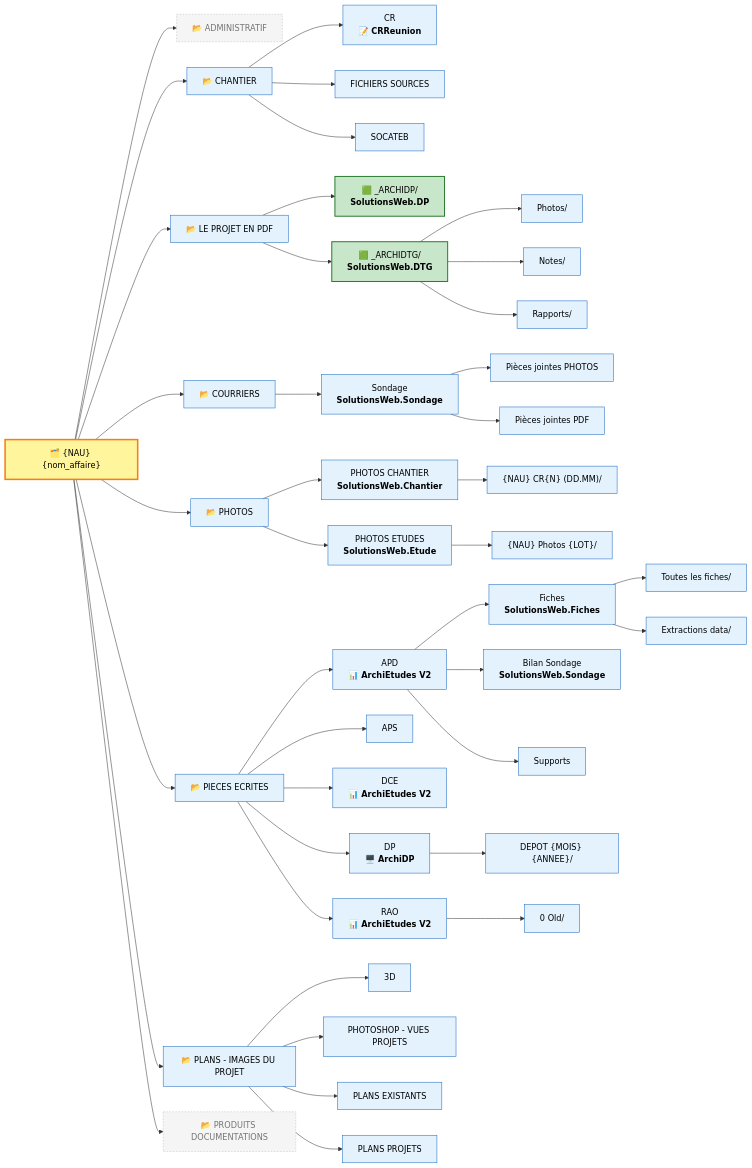
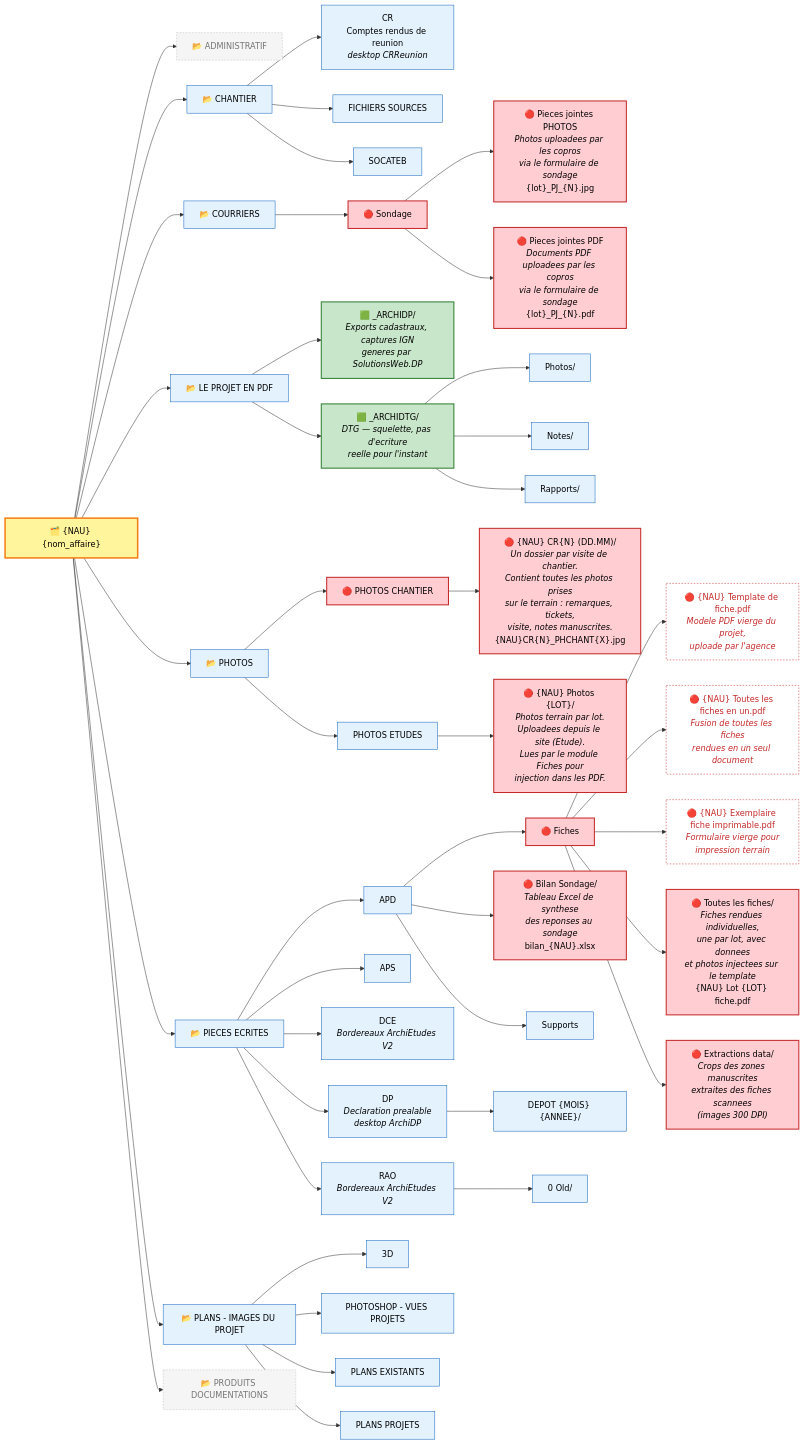
Before and after one commit to ArchiGestionV2/.github: the second of 3 diagrams in profile/README.md, drawn with Mermaid. The commit also changed other lines of this file, not shown here.

Commit message:
docs: reecriture complete du mermaid — ecritures web explicites en rouge avec detail du contenu

````diff
--- a/profile/README.md
+++ b/profile/README.md
@@ -146,59 +146,70 @@
 ```mermaid
 flowchart LR
     classDef root fill:#FFF59D,stroke:#F57F17,stroke-width:3px,color:#000
     classDef folder fill:#E3F2FD,stroke:#1565C0,color:#000
+    classDef web fill:#FFCDD2,stroke:#C62828,stroke-width:2px,color:#000
     classDef instance fill:#C8E6C9,stroke:#2E7D32,stroke-width:2px,color:#000
     classDef empty fill:#F5F5F5,stroke:#BDBDBD,stroke-dasharray:3 3,color:#757575
+    classDef file fill:#FFF,stroke:#C62828,stroke-width:1px,color:#C62828,stroke-dasharray:3 3
 
     ROOT["🗂️ {NAU} {nom_affaire}"]:::root
 
     ROOT --> ADMIN["📂 ADMINISTRATIF"]:::empty
     ROOT --> CHANTIER["📂 CHANTIER"]:::folder
     ROOT --> COURRIERS["📂 COURRIERS"]:::folder
     ROOT --> PRJPDF["📂 LE PROJET EN PDF"]:::folder
     ROOT --> PHOTOS["📂 PHOTOS"]:::folder
     ROOT --> PE["📂 PIECES ECRITES"]:::folder
     ROOT --> PLANS["📂 PLANS - IMAGES DU PROJET"]:::folder
     ROOT --> PRODUITS["📂 PRODUITS DOCUMENTATIONS"]:::empty
 
-    CHANTIER --> CR["CR<br/><b>📝 CRReunion</b>"]:::folder
+    %% ── CHANTIER ──
+    CHANTIER --> CR["CR<br/>Comptes rendus de reunion<br/><i>desktop CRReunion</i>"]:::folder
     CHANTIER --> FS["FICHIERS SOURCES"]:::folder
     CHANTIER --> SOC["SOCATEB"]:::folder
 
-    PRJPDF --> ARCHI_DP["🟩 _ARCHIDP/<br/><b>SolutionsWeb.DP</b>"]:::instance
-    PRJPDF --> ARCHI_DTG["🟩 _ARCHIDTG/<br/><b>SolutionsWeb.DTG</b>"]:::instance
+    %% ── COURRIERS ──
+    COURRIERS --> SONDAGE["🔴 Sondage"]:::web
+    SONDAGE --> PJ_PH["🔴 Pieces jointes PHOTOS<br/><i>Photos uploadees par les copros<br/>via le formulaire de sondage</i><br/>{lot}_PJ_{N}.jpg"]:::web
+    SONDAGE --> PJ_PDF["🔴 Pieces jointes PDF<br/><i>Documents PDF uploadees par les copros<br/>via le formulaire de sondage</i><br/>{lot}_PJ_{N}.pdf"]:::web
+
+    %% ── LE PROJET EN PDF ──
+    PRJPDF --> ARCHI_DP["🟩 _ARCHIDP/<br/><i>Exports cadastraux, captures IGN<br/>generes par SolutionsWeb.DP</i>"]:::instance
+    PRJPDF --> ARCHI_DTG["🟩 _ARCHIDTG/<br/><i>DTG — squelette, pas d'ecriture<br/>reelle pour l'instant</i>"]:::instance
     ARCHI_DTG --> ADTG_PH["Photos/"]:::folder
     ARCHI_DTG --> ADTG_NT["Notes/"]:::folder
     ARCHI_DTG --> ADTG_RP["Rapports/"]:::folder
 
-    COURRIERS --> SONDAGE["Sondage<br/><b>SolutionsWeb.Sondage</b>"]:::folder
-    SONDAGE --> PJ_PH["Pièces jointes PHOTOS"]:::folder
-    SONDAGE --> PJ_PDF["Pièces jointes PDF"]:::folder
+    %% ── PHOTOS ──
+    PHOTOS --> PHCHAN["🔴 PHOTOS CHANTIER"]:::web
+    PHCHAN --> PHCR["🔴 {NAU} CR{N} (DD.MM)/<br/><i>Un dossier par visite de chantier.<br/>Contient toutes les photos prises<br/>sur le terrain : remarques, tickets,<br/>visite, notes manuscrites.</i><br/>{NAU}CR{N}_PHCHANT{X}.jpg"]:::web
 
-    PHOTOS --> PHCHAN["PHOTOS CHANTIER<br/><b>SolutionsWeb.Chantier</b>"]:::folder
-    PHOTOS --> PHET["PHOTOS ETUDES<br/><b>SolutionsWeb.Etude</b>"]:::folder
+    PHOTOS --> PHET["PHOTOS ETUDES"]:::folder
+    PHET --> PHET_LOT["🔴 {NAU} Photos {LOT}/<br/><i>Photos terrain par lot.<br/>Uploadees depuis le site (Etude).<br/>Lues par le module Fiches pour<br/>injection dans les PDF.</i>"]:::web
 
-    PHCHAN --> PHCR["{NAU} CR{N} (DD.MM)/"]:::folder
+    %% ── PIECES ECRITES ──
+    PE --> APD["APD"]:::folder
+    PE --> APS["APS"]:::folder
+    PE --> DCE["DCE<br/><i>Bordereaux ArchiEtudes V2</i>"]:::folder
+    PE --> DP["DP<br/><i>Declaration prealable<br/>desktop ArchiDP</i>"]:::folder
+    PE --> RAO["RAO<br/><i>Bordereaux ArchiEtudes V2</i>"]:::folder
 
-    PE --> APD["APD<br/><b>📊 ArchiEtudes V2</b>"]:::folder
-    PE --> APS["APS"]:::folder
-    PE --> DCE["DCE<br/><b>📊 ArchiEtudes V2</b>"]:::folder
-    PE --> DP["DP<br/><b>🖥️ ArchiDP</b>"]:::folder
-    PE --> RAO["RAO<br/><b>📊 ArchiEtudes V2</b>"]:::folder
+    APD --> FICHES["🔴 Fiches"]:::web
+    FICHES --> F_TPL["🔴 {NAU} Template de fiche.pdf<br/><i>Modele PDF vierge du projet,<br/>uploade par l'agence</i>"]:::file
+    FICHES --> F_ALL["🔴 {NAU} Toutes les fiches en un.pdf<br/><i>Fusion de toutes les fiches<br/>rendues en un seul document</i>"]:::file
+    FICHES --> F_IMP["🔴 {NAU} Exemplaire fiche imprimable.pdf<br/><i>Formulaire vierge pour<br/>impression terrain</i>"]:::file
+    FICHES --> FICHES_LOTS["🔴 Toutes les fiches/<br/><i>Fiches rendues individuelles,<br/>une par lot, avec donnees<br/>et photos injectees sur le template</i><br/>{NAU} Lot {LOT} fiche.pdf"]:::web
+    FICHES --> FICHES_EXT["🔴 Extractions data/<br/><i>Crops des zones manuscrites<br/>extraites des fiches scannees<br/>(images 300 DPI)</i>"]:::web
 
+    APD --> BILAN_S["🔴 Bilan Sondage/<br/><i>Tableau Excel de synthese<br/>des reponses au sondage</i><br/>bilan_{NAU}.xlsx"]:::web
+    APD --> APD_SUPPORTS["Supports"]:::folder
+
+    %% ── PLANS ──
     PLANS --> PL3D["3D"]:::folder
     PLANS --> PLPS["PHOTOSHOP - VUES PROJETS"]:::folder
     PLANS --> PLEX["PLANS EXISTANTS"]:::folder
     PLANS --> PLPR["PLANS PROJETS"]:::folder
 
-    PHET --> PHET_LOT["{NAU} Photos {LOT}/"]:::folder
-
-    APD --> FICHES["Fiches<br/><b>SolutionsWeb.Fiches</b>"]:::folder
-    APD --> BILAN_S["Bilan Sondage<br/><b>SolutionsWeb.Sondage</b>"]:::folder
-    APD --> APD_SUPPORTS["Supports"]:::folder
-
-    FICHES --> FICHES_ALL["Toutes les fiches/"]:::folder
-    FICHES --> FICHES_EXT["Extractions data/"]:::folder
     DP --> DP_DEPOT["DEPOT {MOIS} {ANNEE}/"]:::folder
     RAO --> RAO_OLD["0 Old/"]:::folder
 ```
````
